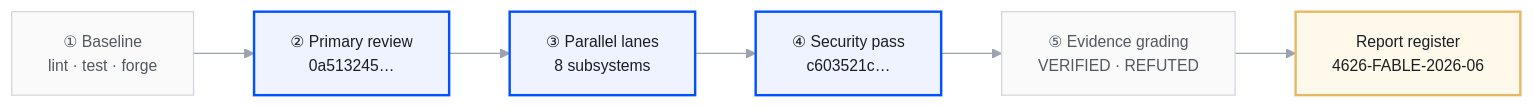
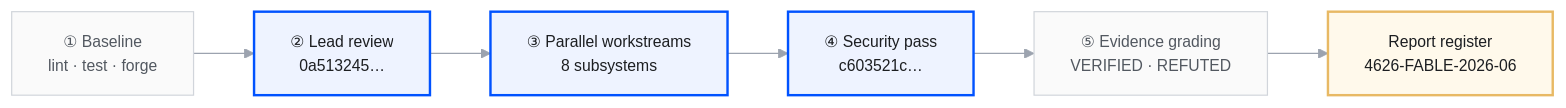
Before and after one commit to 4626fun/4626: the second of 2 diagrams in docs/audits/fable/index.md, drawn with Mermaid. The commit also changed other lines of this file and 105 other files, not shown here.

````diff
--- a/docs/audits/fable/index.md
+++ b/docs/audits/fable/index.md
@@ -163,28 +176,28 @@
 ```mermaid
 %%{init: {
   'theme': 'base',
   'themeVariables': {
     'fontFamily': 'Inter, system-ui, sans-serif',
     'fontSize': '13px',
     'primaryColor': '#eef3ff',
     'primaryTextColor': '#1c1e21',
     'primaryBorderColor': '#0052FF',
     'lineColor': '#9ca3af'
   }
 }}%%
 flowchart LR
-  A["① Baseline<br/>lint · test · forge"] --> B["② Primary review<br/>0a513245…"]
-  B --> C["③ Parallel lanes<br/>8 subsystems"]
+  A["① Baseline<br/>lint · test · forge"] --> B["② Lead review<br/>0a513245…"]
+  B --> C["③ Parallel workstreams<br/>8 subsystems"]
   C --> D["④ Security pass<br/>c603521c…"]
   D --> E["⑤ Evidence grading<br/>VERIFIED · REFUTED"]
   E --> F["Report register<br/>4626-FABLE-2026-06"]
 
   classDef step fill:#fafafa,stroke:#d1d5db,stroke-width:1px,color:#525860
   classDef core fill:#eef3ff,stroke:#0052FF,stroke-width:2px,color:#1c1e21
   classDef out fill:#fff9eb,stroke:#E8B964,stroke-width:2px,color:#1c1e21
 
   class A step
   class B,C,D core
   class E step
   class F out
 ```
````
